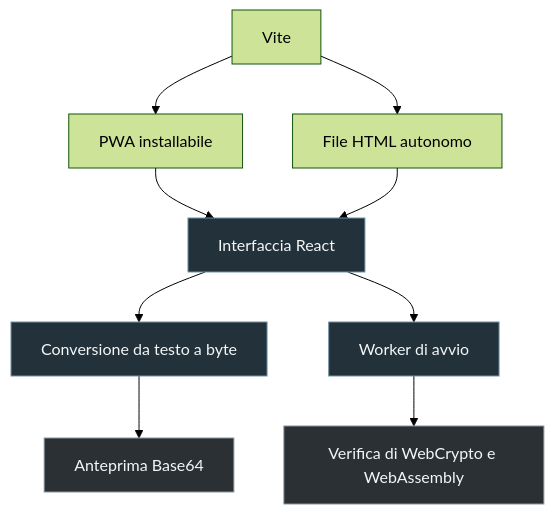
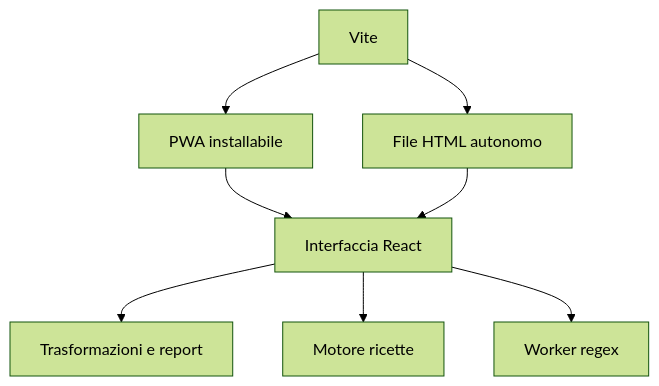
One commit to chiaraberti13/WEBFANG changed the diagram in README.it.md. Above: the diagram before and after it, drawn with Mermaid (forest theme). The commit also changed other lines of this file and 4 other files, not shown here.

Commit message:
Fix CSP duplicate reporting and reconcile release roadmap

````diff
--- a/README.it.md
+++ b/README.it.md
@@ -78,18 +67,10 @@
 ```mermaid
 flowchart TD
-    accTitle: Architettura di WEBFANG
-    accDescr: Vite distribuisce la stessa app React come PWA installabile o come file HTML autonomo. In entrambe le versioni la demo Base64 elabora il testo localmente e un worker verifica le funzionalità del browser all’avvio.
     vite["Vite"] --> pwa["PWA installabile"]
     vite --> file["File HTML autonomo"]
     pwa --> app["Interfaccia React"]
     file --> app
-    app --> demo["Conversione da testo a byte"]
-    demo --> output64["Anteprima Base64"]
-    app --> probe["Worker di avvio"]
-    probe --> checks["Verifica di WebCrypto e WebAssembly"]
-
-    classDef core fill:#23313a,stroke:#7193a7,color:#f4f7f8;
-    classDef output fill:#2b3035,stroke:#8b959e,color:#f4f7f8;
-    class app,demo,probe core;
-    class output64,checks output;
+    app --> transforms["Trasformazioni e report"]
+    app --> recipes["Motore ricette"]
+    app --> regex["Worker regex"]
 ```
````
